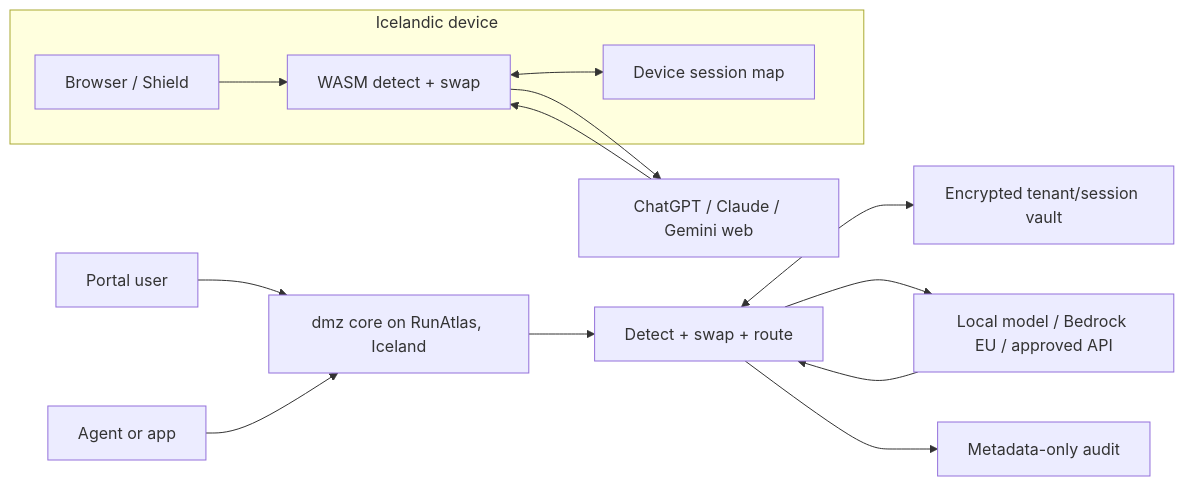
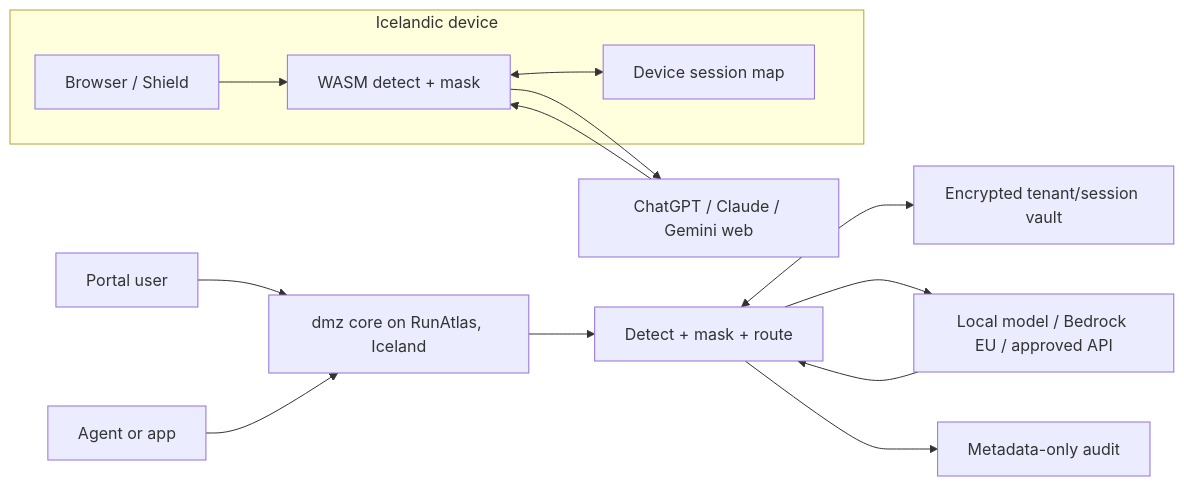
Before and after one commit to AndriGitDev/dmz: the diagram in docs/product-spec.md, drawn with Mermaid. The commit also changed other lines of this file and 41 other files, not shown here.

Commit message:
Build visible-mask detector and Shield prototype

````diff
--- a/docs/product-spec.md
+++ b/docs/product-spec.md
@@ -15,16 +15,16 @@
 ```mermaid
 flowchart LR
   subgraph Icelandic device
-    B[Browser / Shield] --> D1[WASM detect + swap]
+    B[Browser / Shield] --> D1[WASM detect + mask]
     D1 <--> V1[Device session map]
   end
   D1 --> C[ChatGPT / Claude / Gemini web]
   C --> D1
   P[Portal user] --> G[dmz core on RunAtlas, Iceland]
   A[Agent or app] --> G
-  G --> D2[Detect + swap + route]
+  G --> D2[Detect + mask + route]
   D2 <--> V2[Encrypted tenant/session vault]
   D2 --> M[Local model / Bedrock EU / approved API]
   M --> D2
   D2 --> E[Metadata-only audit]
 ```
````
